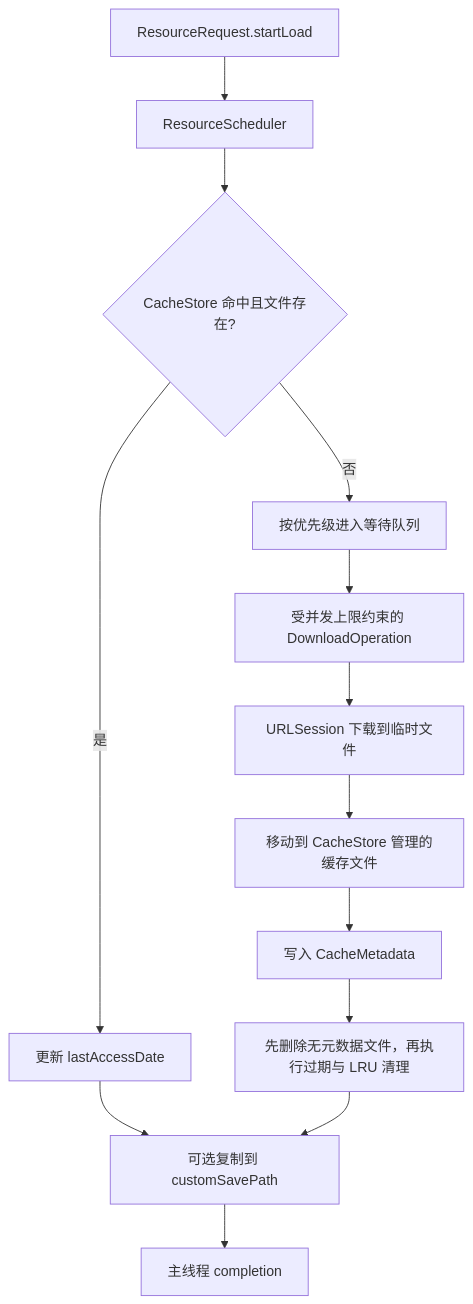
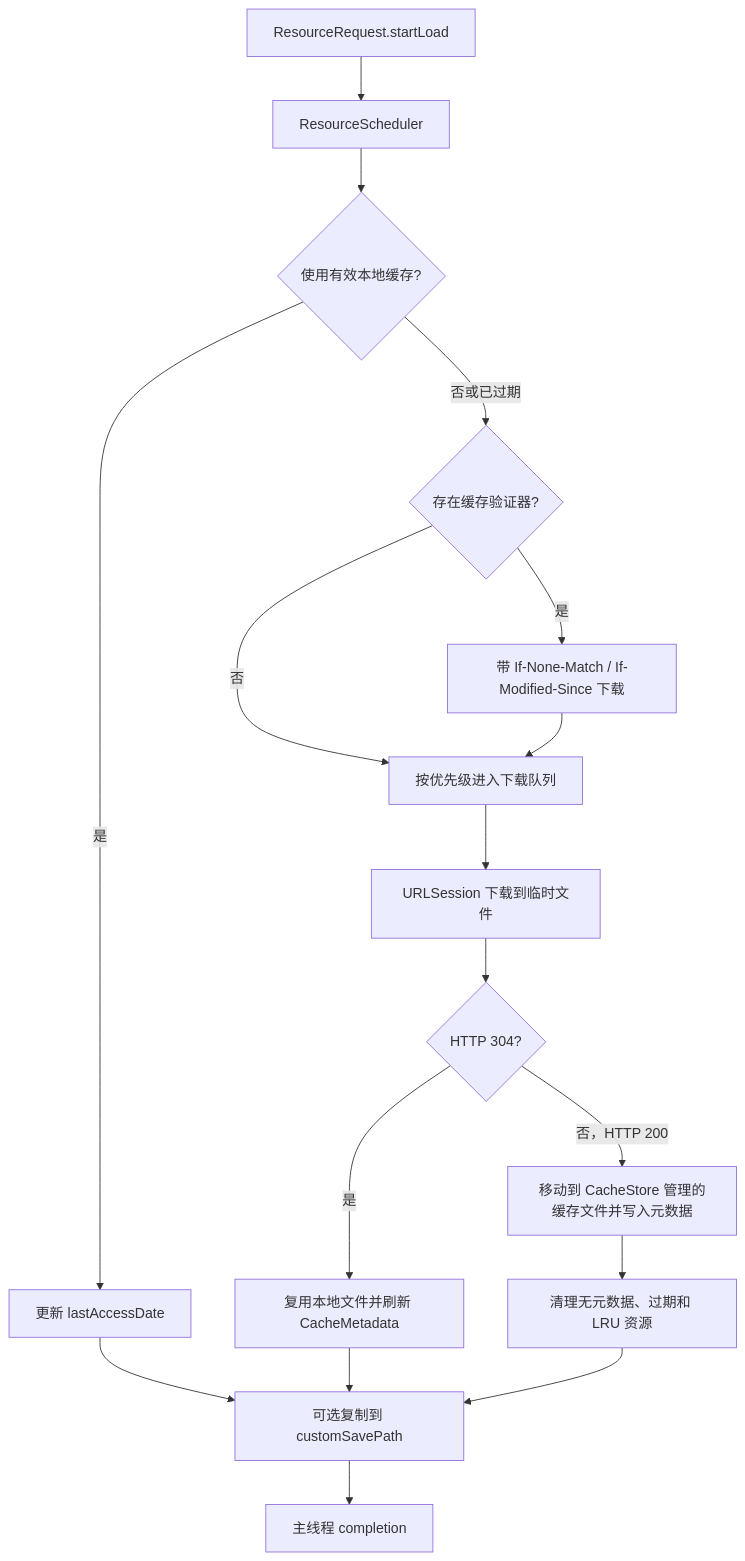
Before and after one commit to Howard-Zjun/ResourceTransferKit: the diagram in README.md, drawn with Mermaid. The commit also changed other lines of this file, not shown here.

Commit message:
docs(cache): document HTTP cache behavior

````diff
--- a/README.md
+++ b/README.md
@@ -24,15 +24,19 @@
 ```mermaid
 flowchart TD
     A[ResourceRequest.startLoad] --> B[ResourceScheduler]
-    B --> C{CacheStore 命中且文件存在?}
+    B --> C{使用有效本地缓存?}
     C -- 是 --> D[更新 lastAccessDate]
     D --> E[可选复制到 customSavePath]
     E --> F[主线程 completion]
-    C -- 否 --> G[按优先级进入等待队列]
-    G --> H[受并发上限约束的 DownloadOperation]
-    H --> I[URLSession 下载到临时文件]
-    I --> J[移动到 CacheStore 管理的缓存文件]
-    J --> K[写入 CacheMetadata]
-    K --> L[先删除无元数据文件，再执行过期与 LRU 清理]
+    C -- 否或已过期 --> G{存在缓存验证器?}
+    G -- 是 --> H[带 If-None-Match / If-Modified-Since 下载]
+    G -- 否 --> I[按优先级进入下载队列]
+    H --> I
+    I --> J[URLSession 下载到临时文件]
+    J --> K{HTTP 304?}
+    K -- 是 --> L[复用本地文件并刷新 CacheMetadata]
+    K -- 否，HTTP 200 --> M[移动到 CacheStore 管理的缓存文件并写入元数据]
     L --> E
+    M --> N[清理无元数据、过期和 LRU 资源]
+    N --> E
 ```
````
